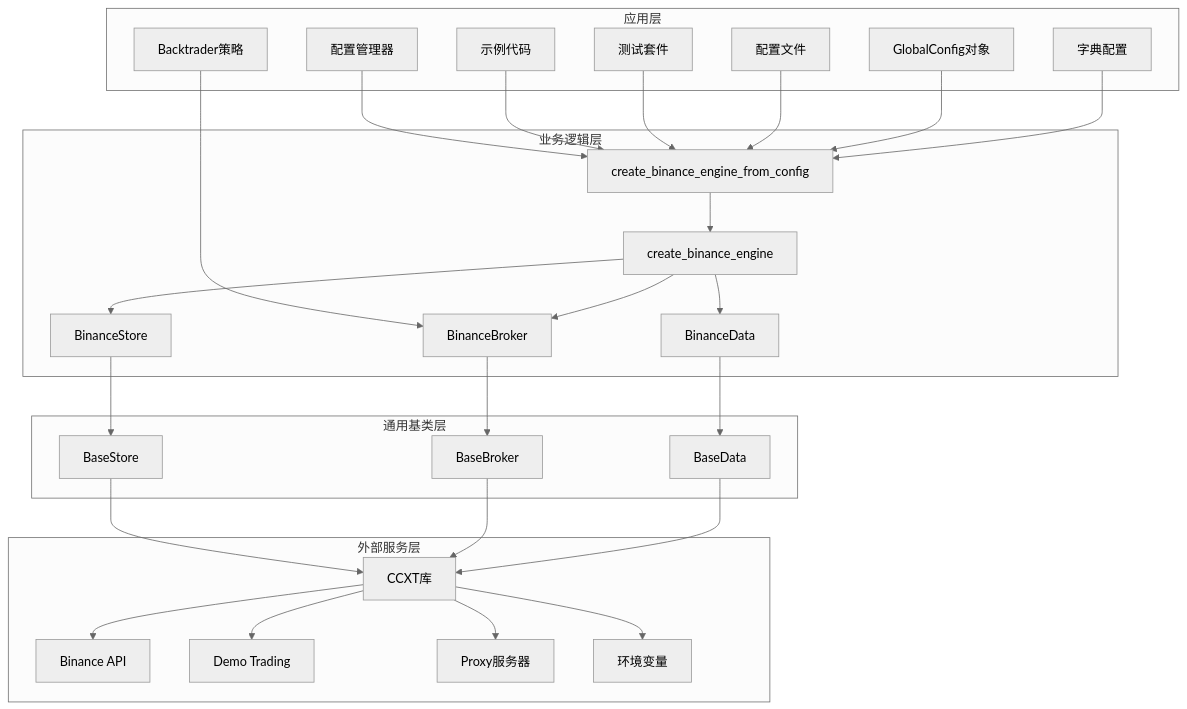
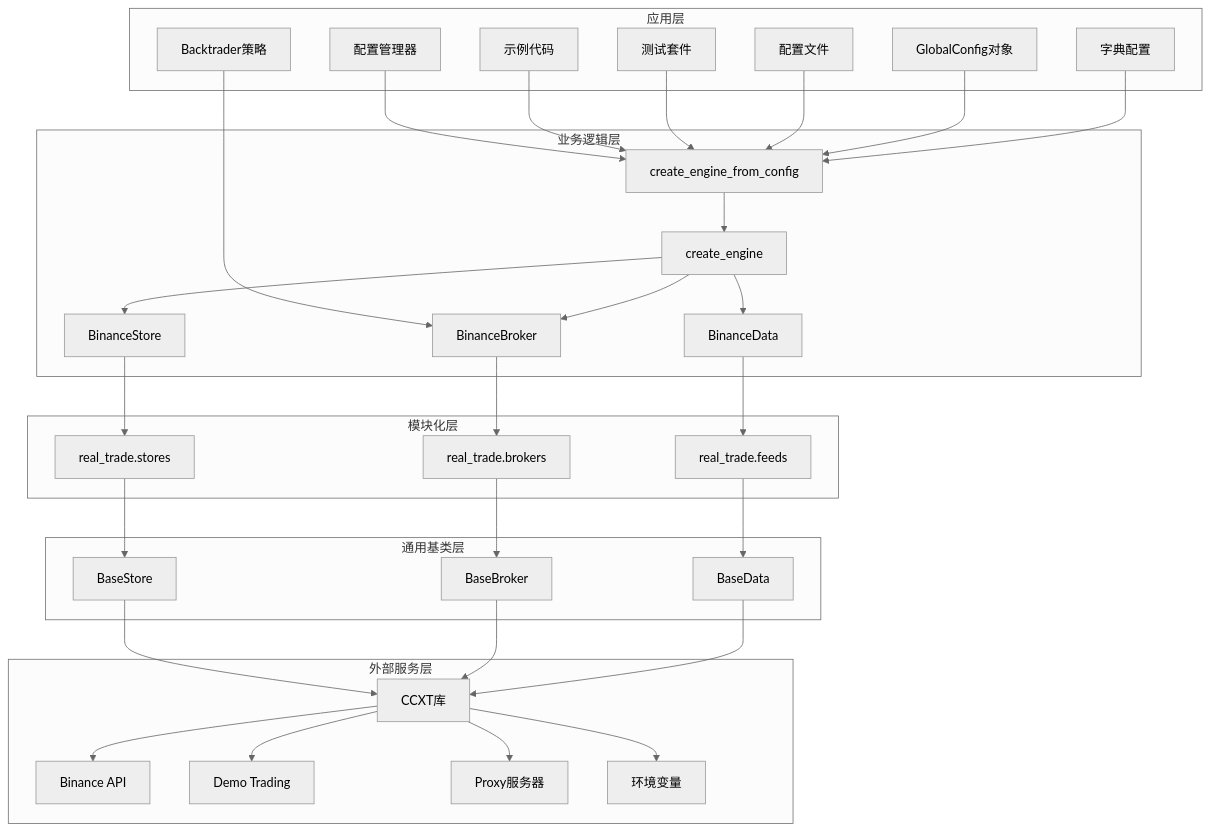
Before and after one commit to bench-prog/backtrader: the second of 3 diagrams in .qoder/repowiki/zh/content/实盘交易模块/Binance交易所集成/Binance交易所集成.md, drawn with Mermaid (neutral theme). The commit also changed other lines of this file and 40 other files, not shown here.

````diff
--- a/.qoder/repowiki/zh/content/实盘交易模块/Binance交易所集成/Binance交易所集成.md
+++ b/.qoder/repowiki/zh/content/实盘交易模块/Binance交易所集成/Binance交易所集成.md
@@ -146,52 +148,60 @@
 ```mermaid
 graph TB
 subgraph "应用层"
 A[Backtrader策略]
 B[配置管理器]
 C[示例代码]
 D[测试套件]
 E[配置文件]
 F[GlobalConfig对象]
 G[字典配置]
 end
 subgraph "业务逻辑层"
-H[create_binance_engine_from_config]
-I[create_binance_engine]
+H[create_engine_from_config]
+I[create_engine]
 J[BinanceStore]
 K[BinanceBroker]
 L[BinanceData]
 end
+subgraph "模块化层"
+M[real_trade.stores]
+N[real_trade.brokers]
+O[real_trade.feeds]
+end
 subgraph "通用基类层"
-M[BaseStore]
-N[BaseBroker]
-O[BaseData]
+P[BaseStore]
+Q[BaseBroker]
+R[BaseData]
 end
 subgraph "外部服务层"
-P[CCXT库]
-Q[Binance API]
-R[Demo Trading]
-S[Proxy服务器]
-T[环境变量]
+S[CCXT库]
+T[Binance API]
+U[Demo Trading]
+V[Proxy服务器]
+W[环境变量]
 end
 A --> K
 B --> H
 C --> H
 D --> H
 E --> H
 F --> H
 G --> H
 H --> I
 I --> J
 I --> K
 I --> L
 J --> M
 K --> N
 L --> O
 M --> P
-N --> P
-O --> P
-P --> Q
-P --> R
+N --> Q
+O --> R
 P --> S
-P --> T
+Q --> S
+R --> S
+S --> T
+S --> U
+S --> V
+S --> W
 ```
````
